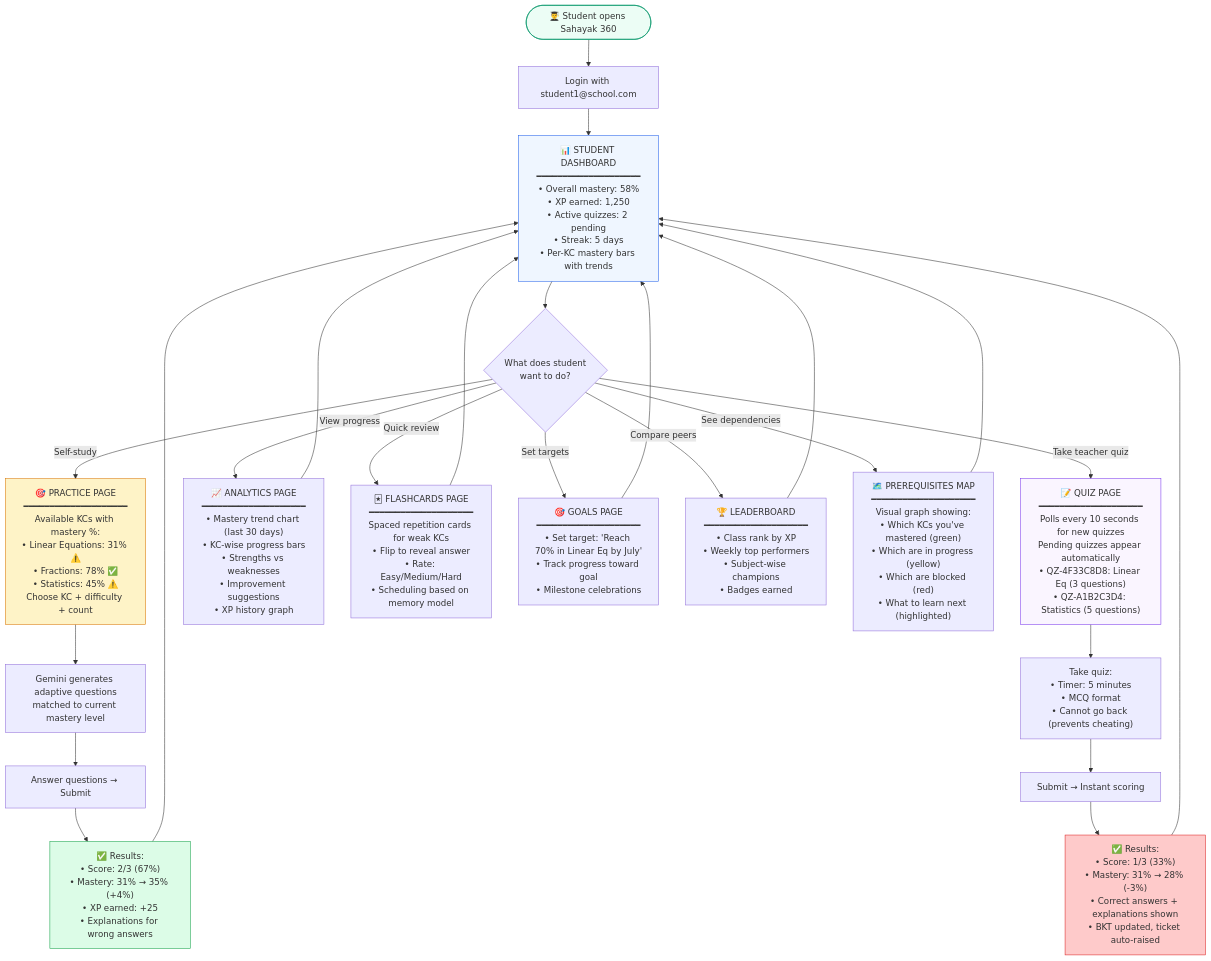
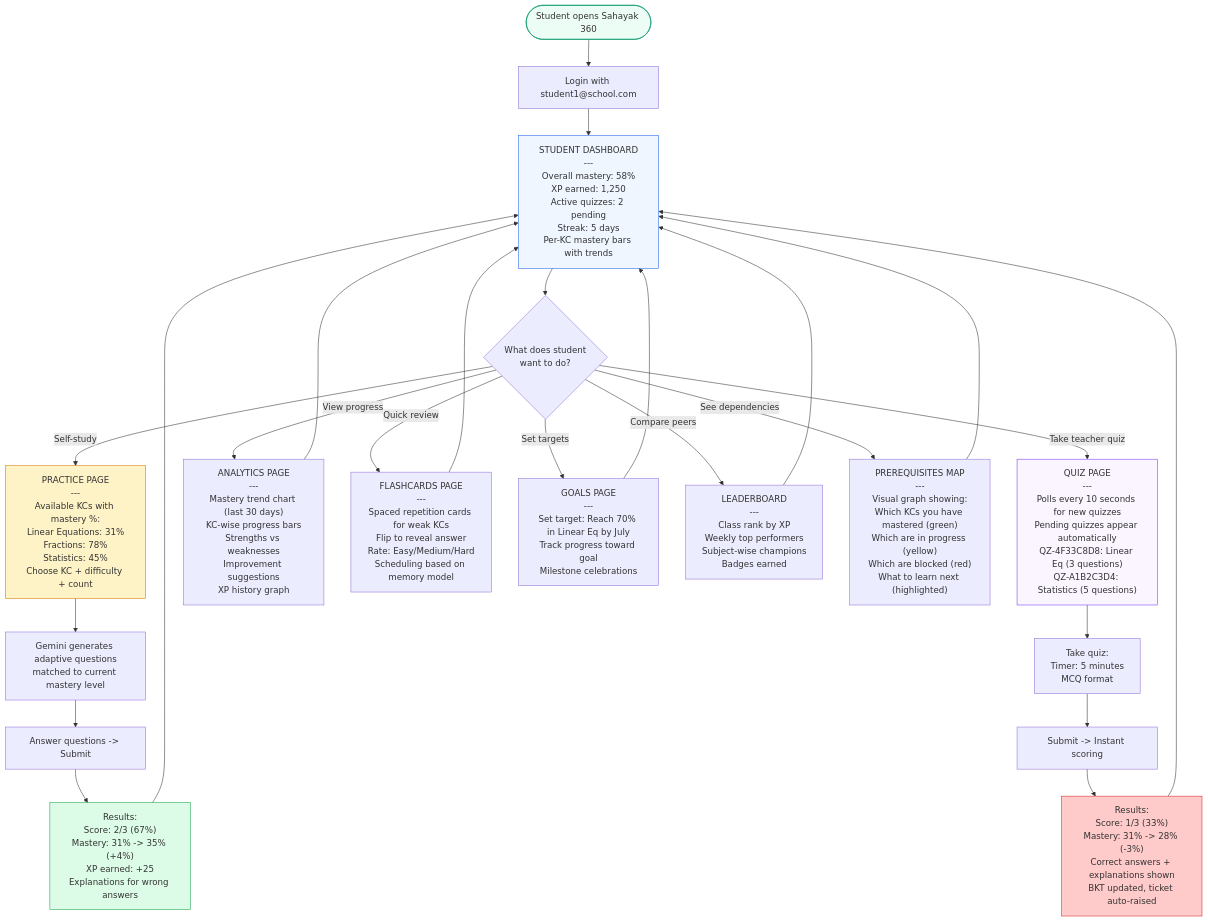
The sixth of 12 diagrams in README.md (SanjayS-007/sahayak360-mvp), drawn with Mermaid before and after one commit. The commit also changed other lines of this file, not shown here.

````diff
--- a/README.md
+++ b/README.md
@@ -517,45 +435,45 @@
 ```mermaid
 flowchart TD
-    START(["👨‍🎓 Student opens Sahayak 360"]) --> LOGIN
+    START(["Student opens Sahayak 360"]) --> LOGIN
 
     LOGIN["Login with student1@school.com"] --> DASH
 
-    DASH["📊 STUDENT DASHBOARD<br/>━━━━━━━━━━━━━━━━━━━━<br/>• Overall mastery: 58%<br/>• XP earned: 1,250<br/>• Active quizzes: 2 pending<br/>• Streak: 5 days<br/>• Per-KC mastery bars with trends"] --> CHOICE
+    DASH["STUDENT DASHBOARD<br/>---<br/>Overall mastery: 58%<br/>XP earned: 1,250<br/>Active quizzes: 2 pending<br/>Streak: 5 days<br/>Per-KC mastery bars with trends"] --> CHOICE
 
     CHOICE{"What does student<br/>want to do?"}
 
     CHOICE -->|"Self-study"| PRACTICE
     CHOICE -->|"Take teacher quiz"| QUIZ
     CHOICE -->|"View progress"| ANALYTICS
     CHOICE -->|"Quick review"| FLASHCARDS
     CHOICE -->|"Set targets"| GOALS
     CHOICE -->|"Compare peers"| LEADERBOARD
     CHOICE -->|"See dependencies"| PREREQ
 
-    PRACTICE["🎯 PRACTICE PAGE<br/>━━━━━━━━━━━━━━━━━━━━<br/>Available KCs with mastery %:<br/>• Linear Equations: 31% ⚠️<br/>• Fractions: 78% ✅<br/>• Statistics: 45% ⚠️<br/>Choose KC + difficulty + count"] --> PRACTICE_GEN
+    PRACTICE["PRACTICE PAGE<br/>---<br/>Available KCs with mastery %:<br/>Linear Equations: 31%<br/>Fractions: 78%<br/>Statistics: 45%<br/>Choose KC + difficulty + count"] --> PRACTICE_GEN
     PRACTICE_GEN["Gemini generates adaptive questions<br/>matched to current mastery level"] --> PRACTICE_ANSWER
-    PRACTICE_ANSWER["Answer questions → Submit"] --> PRACTICE_RESULT
-    PRACTICE_RESULT["✅ Results:<br/>• Score: 2/3 (67%)<br/>• Mastery: 31% → 35% (+4%)<br/>• XP earned: +25<br/>• Explanations for wrong answers"] --> DASH
+    PRACTICE_ANSWER["Answer questions -> Submit"] --> PRACTICE_RESULT
+    PRACTICE_RESULT["Results:<br/>Score: 2/3 (67%)<br/>Mastery: 31% -> 35% (+4%)<br/>XP earned: +25<br/>Explanations for wrong answers"] --> DASH
 
-    QUIZ["📝 QUIZ PAGE<br/>━━━━━━━━━━━━━━━━━━━━<br/>Polls every 10 seconds for new quizzes<br/>Pending quizzes appear automatically<br/>• QZ-4F33C8D8: Linear Eq (3 questions)<br/>• QZ-A1B2C3D4: Statistics (5 questions)"] --> QUIZ_TAKE
-    QUIZ_TAKE["Take quiz:<br/>• Timer: 5 minutes<br/>• MCQ format<br/>• Cannot go back (prevents cheating)"] --> QUIZ_SUBMIT
-    QUIZ_SUBMIT["Submit → Instant scoring"] --> QUIZ_RESULT
-    QUIZ_RESULT["✅ Results:<br/>• Score: 1/3 (33%)<br/>• Mastery: 31% → 28% (-3%)<br/>• Correct answers + explanations shown<br/>• BKT updated, ticket auto-raised"] --> DASH
+    QUIZ["QUIZ PAGE<br/>---<br/>Polls every 10 seconds for new quizzes<br/>Pending quizzes appear automatically<br/>QZ-4F33C8D8: Linear Eq (3 questions)<br/>QZ-A1B2C3D4: Statistics (5 questions)"] --> QUIZ_TAKE
+    QUIZ_TAKE["Take quiz:<br/>Timer: 5 minutes<br/>MCQ format"] --> QUIZ_SUBMIT
+    QUIZ_SUBMIT["Submit -> Instant scoring"] --> QUIZ_RESULT
+    QUIZ_RESULT["Results:<br/>Score: 1/3 (33%)<br/>Mastery: 31% -> 28% (-3%)<br/>Correct answers + explanations shown<br/>BKT updated, ticket auto-raised"] --> DASH
 
-    ANALYTICS["📈 ANALYTICS PAGE<br/>━━━━━━━━━━━━━━━━━━━━<br/>• Mastery trend chart (last 30 days)<br/>• KC-wise progress bars<br/>• Strengths vs weaknesses<br/>• Improvement suggestions<br/>• XP history graph"] --> DASH
+    ANALYTICS["ANALYTICS PAGE<br/>---<br/>Mastery trend chart (last 30 days)<br/>KC-wise progress bars<br/>Strengths vs weaknesses<br/>Improvement suggestions<br/>XP history graph"] --> DASH
 
-    FLASHCARDS["🃏 FLASHCARDS PAGE<br/>━━━━━━━━━━━━━━━━━━━━<br/>Spaced repetition cards for weak KCs<br/>• Flip to reveal answer<br/>• Rate: Easy/Medium/Hard<br/>• Scheduling based on memory model"] --> DASH
+    FLASHCARDS["FLASHCARDS PAGE<br/>---<br/>Spaced repetition cards for weak KCs<br/>Flip to reveal answer<br/>Rate: Easy/Medium/Hard<br/>Scheduling based on memory model"] --> DASH
 
-    GOALS["🎯 GOALS PAGE<br/>━━━━━━━━━━━━━━━━━━━━<br/>• Set target: 'Reach 70% in Linear Eq by July'<br/>• Track progress toward goal<br/>• Milestone celebrations"] --> DASH
+    GOALS["GOALS PAGE<br/>---<br/>Set target: Reach 70% in Linear Eq by July<br/>Track progress toward goal<br/>Milestone celebrations"] --> DASH
 
-    LEADERBOARD["🏆 LEADERBOARD<br/>━━━━━━━━━━━━━━━━━━━━<br/>• Class rank by XP<br/>• Weekly top performers<br/>• Subject-wise champions<br/>• Badges earned"] --> DASH
+    LEADERBOARD["LEADERBOARD<br/>---<br/>Class rank by XP<br/>Weekly top performers<br/>Subject-wise champions<br/>Badges earned"] --> DASH
 
-    PREREQ["🗺️ PREREQUISITES MAP<br/>━━━━━━━━━━━━━━━━━━━━<br/>Visual graph showing:<br/>• Which KCs you've mastered (green)<br/>• Which are in progress (yellow)<br/>• Which are blocked (red)<br/>• What to learn next (highlighted)"] --> DASH
+    PREREQ["PREREQUISITES MAP<br/>---<br/>Visual graph showing:<br/>Which KCs you have mastered (green)<br/>Which are in progress (yellow)<br/>Which are blocked (red)<br/>What to learn next (highlighted)"] --> DASH
 
     style START fill:#ecfdf5,stroke:#059669
     style DASH fill:#eff6ff,stroke:#2563eb
     style PRACTICE fill:#fef3c7,stroke:#d97706
     style QUIZ fill:#faf5ff,stroke:#7c3aed
     style PRACTICE_RESULT fill:#dcfce7,stroke:#16a34a
     style QUIZ_RESULT fill:#fecaca,stroke:#dc2626
 ```
````
